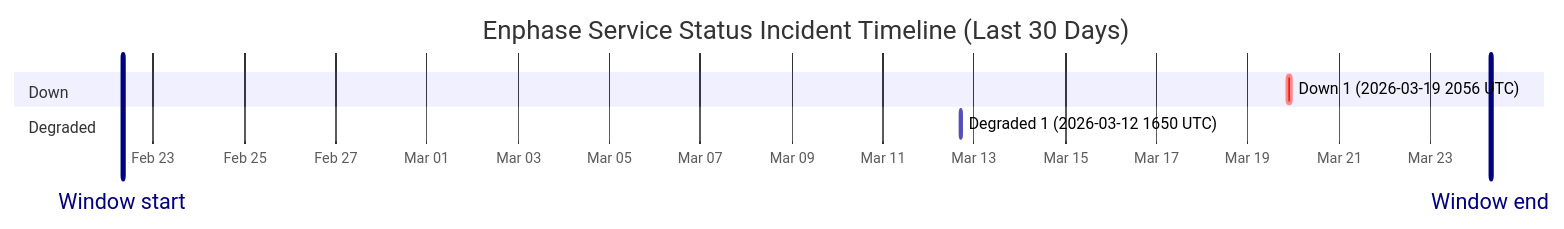
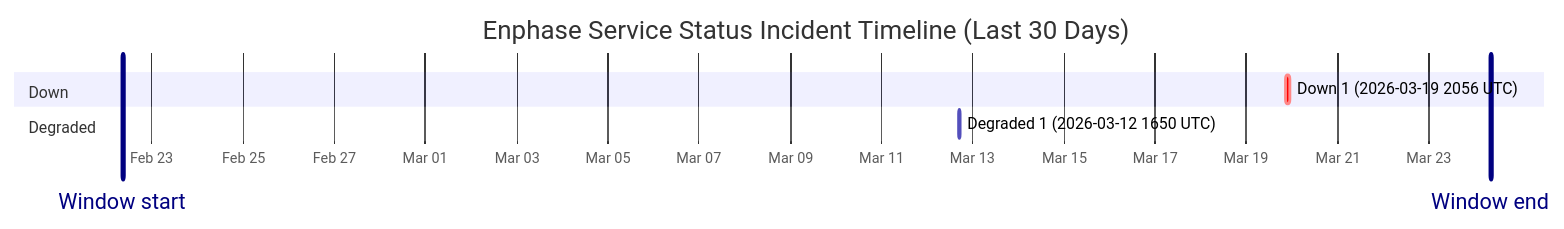
The diagram in wiki/Service-Status-History.md (barneyonline/ha-enphase-ev-charger), drawn with Mermaid before and after one commit. The commit also changed other lines of this file and 3 other files, not shown here.

````diff
--- a/wiki/Service-Status-History.md
+++ b/wiki/Service-Status-History.md
@@ -14,12 +14,12 @@
 ```mermaid
 gantt
     title Enphase Service Status Incident Timeline (Last 30 Days)
     dateFormat  YYYY-MM-DDTHH:mm:ss
     axisFormat  %b %d
-    Window start :vert, window-start, 2026-02-22T07:48:42, 0ms
-    Window end :vert, window-end, 2026-03-24T07:48:42, 0ms
+    Window start :vert, window-start, 2026-02-22T08:40:10, 0ms
+    Window end :vert, window-end, 2026-03-24T08:40:10, 0ms
     section Down
     Down 1 (2026-03-19 2056 UTC) :crit, down-1, 2026-03-19T20:56:20, 145m
     section Degraded
     Degraded 1 (2026-03-12 1650 UTC) :active, degraded-1, 2026-03-12T16:50:43, 60m
 ```
````
